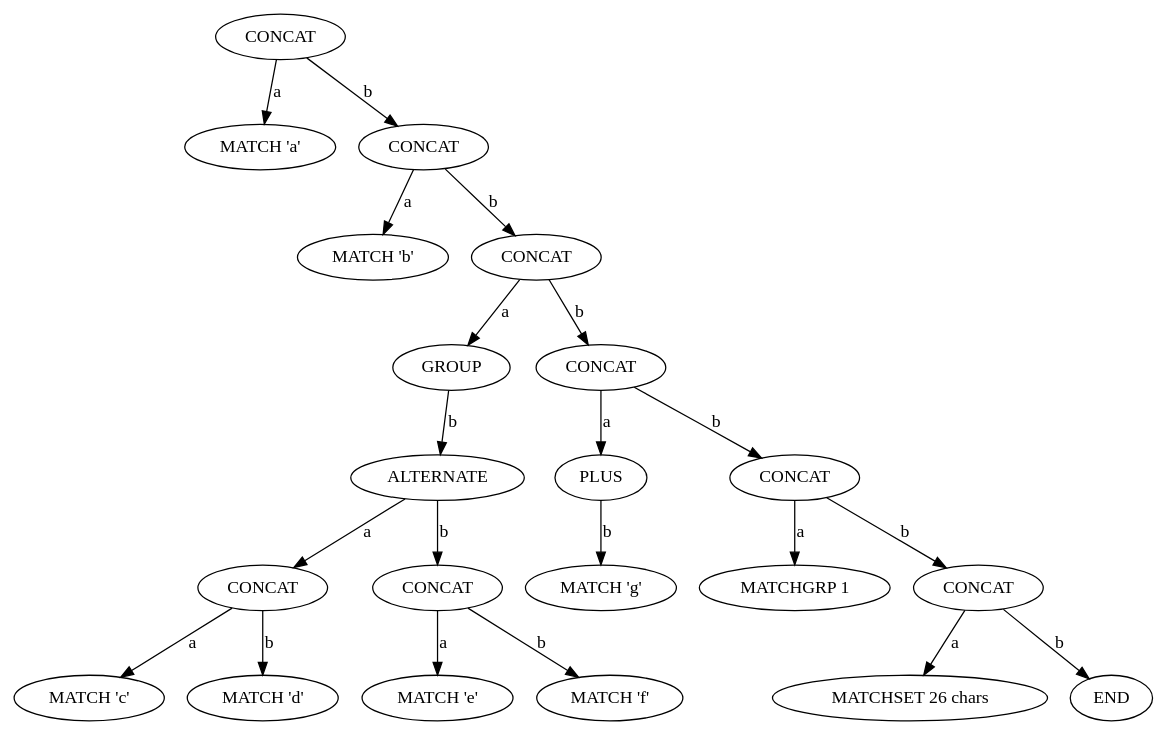
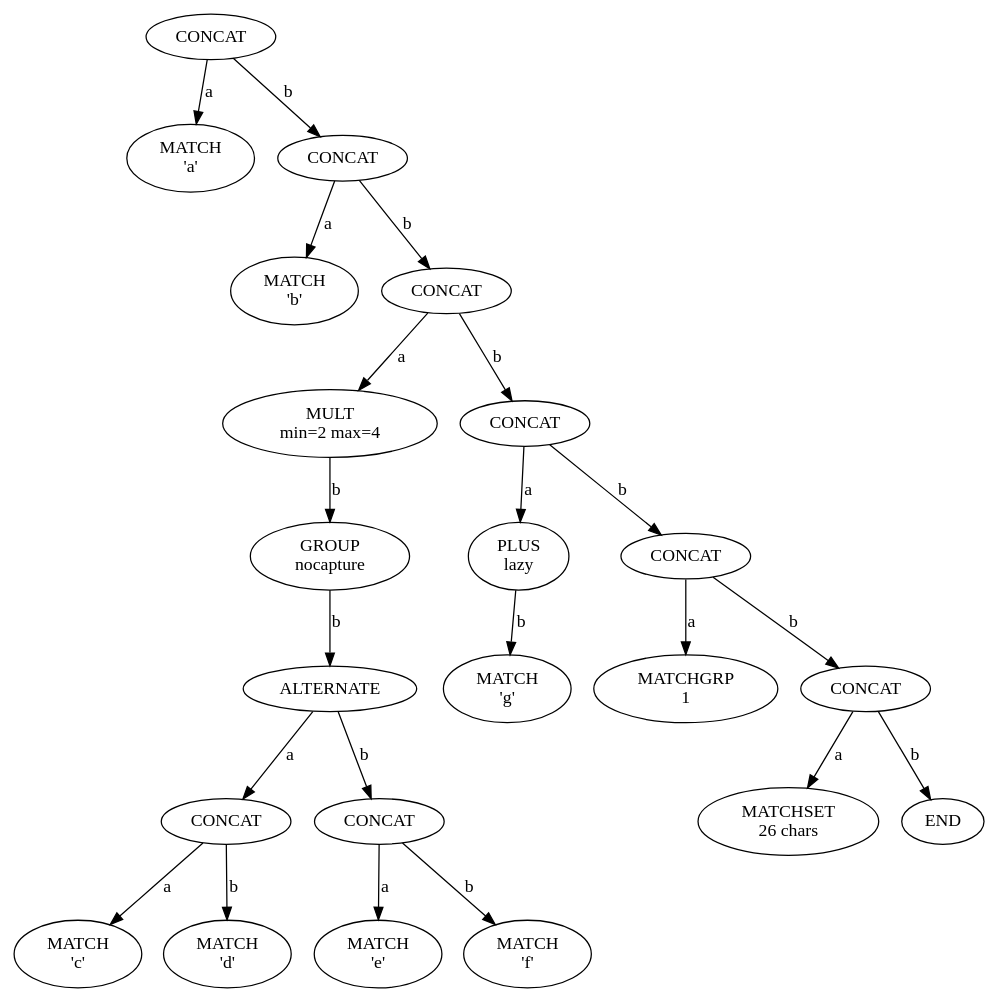
Before and after one commit to essele/rele: the diagram in tree.dot, drawn with Graphviz. The commit also changed 4 other files, not shown here.

Commit message:
Added min/max support and cleaned up the graphviz code to make binary tree visualisation better.

```diff
--- a/tree.dot
+++ b/tree.dot
@@ -1,43 +1,67 @@
 digraph tree {
-    n0xbcdd325ae320 [label="CONCAT"];
-    n0xbcdd325ae320 -> n0xbcdd325ae2c0 [label="a"];
-    n0xbcdd325ae2c0 [label="MATCH 'a'"];
-    n0xbcdd325ae320 -> n0xbcdd325ae380 [label="b"];
-    n0xbcdd325ae380 [label="CONCAT"];
-    n0xbcdd325ae380 -> n0xbcdd325ae2f0 [label="a"];
-    n0xbcdd325ae2f0 [label="MATCH 'b'"];
-    n0xbcdd325ae380 -> n0xbcdd325ae530 [label="b"];
-    n0xbcdd325ae530 [label="CONCAT"];
-    n0xbcdd325ae530 -> n0xbcdd325ae350 [label="a"];
-    n0xbcdd325ae350 [label="GROUP"];
-    n0xbcdd325ae350 -> n0xbcdd325ae440 [label="b"];
-    n0xbcdd325ae440 [label="ALTERNATE"];
-    n0xbcdd325ae440 -> n0xbcdd325ae410 [label="a"];
-    n0xbcdd325ae410 [label="CONCAT"];
-    n0xbcdd325ae410 -> n0xbcdd325ae3b0 [label="a"];
-    n0xbcdd325ae3b0 [label="MATCH 'c'"];
-    n0xbcdd325ae410 -> n0xbcdd325ae3e0 [label="b"];
-    n0xbcdd325ae3e0 [label="MATCH 'd'"];
-    n0xbcdd325ae440 -> n0xbcdd325ae4d0 [label="b"];
-    n0xbcdd325ae4d0 [label="CONCAT"];
-    n0xbcdd325ae4d0 -> n0xbcdd325ae470 [label="a"];
-    n0xbcdd325ae470 [label="MATCH 'e'"];
-    n0xbcdd325ae4d0 -> n0xbcdd325ae4a0 [label="b"];
-    n0xbcdd325ae4a0 [label="MATCH 'f'"];
-    n0xbcdd325ae530 -> n0xbcdd325ae5c0 [label="b"];
-    n0xbcdd325ae5c0 [label="CONCAT"];
-    n0xbcdd325ae5c0 -> n0xbcdd325ae560 [label="a"];
-    n0xbcdd325ae560 [label="PLUS"];
-    n0xbcdd325ae560 -> n0xbcdd325ae500 [label="b"];
-    n0xbcdd325ae500 [label="MATCH 'g'"];
-    n0xbcdd325ae5c0 -> n0xbcdd325ae620 [label="b"];
-    n0xbcdd325ae620 [label="CONCAT"];
-    n0xbcdd325ae620 -> n0xbcdd325ae590 [label="a"];
-    n0xbcdd325ae590 [label="MATCHGRP 1"];
-    n0xbcdd325ae620 -> n0xbcdd325ae6a0 [label="b"];
-    n0xbcdd325ae6a0 [label="CONCAT"];
-    n0xbcdd325ae6a0 -> n0xbcdd325ae5f0 [label="a"];
-    n0xbcdd325ae5f0 [label="MATCHSET 26 chars"];
-    n0xbcdd325ae6a0 -> n0xbcdd325ae670 [label="b"];
-    n0xbcdd325ae670 [label="END"];
+    n0xbf5bb7e4f320 [label="CONCAT
+"];
+    n0xbf5bb7e4f320 -> n0xbf5bb7e4f2c0 [label="a"];
+    n0xbf5bb7e4f2c0 [label="MATCH
+'a'"];
+    n0xbf5bb7e4f320 -> n0xbf5bb7e4f380 [label="b"];
+    n0xbf5bb7e4f380 [label="CONCAT
+"];
+    n0xbf5bb7e4f380 -> n0xbf5bb7e4f2f0 [label="a"];
+    n0xbf5bb7e4f2f0 [label="MATCH
+'b'"];
+    n0xbf5bb7e4f380 -> n0xbf5bb7e4f560 [label="b"];
+    n0xbf5bb7e4f560 [label="CONCAT
+"];
+    n0xbf5bb7e4f560 -> n0xbf5bb7e4f500 [label="a"];
+    n0xbf5bb7e4f500 [label="MULT
+min=2 max=4"];
+    n0xbf5bb7e4f500 -> n0xbf5bb7e4f350 [label="b"];
+    n0xbf5bb7e4f350 [label="GROUP
+nocapture"];
+    n0xbf5bb7e4f350 -> n0xbf5bb7e4f440 [label="b"];
+    n0xbf5bb7e4f440 [label="ALTERNATE
+"];
+    n0xbf5bb7e4f440 -> n0xbf5bb7e4f410 [label="a"];
+    n0xbf5bb7e4f410 [label="CONCAT
+"];
+    n0xbf5bb7e4f410 -> n0xbf5bb7e4f3b0 [label="a"];
+    n0xbf5bb7e4f3b0 [label="MATCH
+'c'"];
+    n0xbf5bb7e4f410 -> n0xbf5bb7e4f3e0 [label="b"];
+    n0xbf5bb7e4f3e0 [label="MATCH
+'d'"];
+    n0xbf5bb7e4f440 -> n0xbf5bb7e4f4d0 [label="b"];
+    n0xbf5bb7e4f4d0 [label="CONCAT
+"];
+    n0xbf5bb7e4f4d0 -> n0xbf5bb7e4f470 [label="a"];
+    n0xbf5bb7e4f470 [label="MATCH
+'e'"];
+    n0xbf5bb7e4f4d0 -> n0xbf5bb7e4f4a0 [label="b"];
+    n0xbf5bb7e4f4a0 [label="MATCH
+'f'"];
+    n0xbf5bb7e4f560 -> n0xbf5bb7e4f5f0 [label="b"];
+    n0xbf5bb7e4f5f0 [label="CONCAT
+"];
+    n0xbf5bb7e4f5f0 -> n0xbf5bb7e4f590 [label="a"];
+    n0xbf5bb7e4f590 [label="PLUS
+lazy"];
+    n0xbf5bb7e4f590 -> n0xbf5bb7e4f530 [label="b"];
+    n0xbf5bb7e4f530 [label="MATCH
+'g'"];
+    n0xbf5bb7e4f5f0 -> n0xbf5bb7e4f650 [label="b"];
+    n0xbf5bb7e4f650 [label="CONCAT
+"];
+    n0xbf5bb7e4f650 -> n0xbf5bb7e4f5c0 [label="a"];
+    n0xbf5bb7e4f5c0 [label="MATCHGRP
+1"];
+    n0xbf5bb7e4f650 -> n0xbf5bb7e4f6d0 [label="b"];
+    n0xbf5bb7e4f6d0 [label="CONCAT
+"];
+    n0xbf5bb7e4f6d0 -> n0xbf5bb7e4f620 [label="a"];
+    n0xbf5bb7e4f620 [label="MATCHSET
+26 chars"];
+    n0xbf5bb7e4f6d0 -> n0xbf5bb7e4f6a0 [label="b"];
+    n0xbf5bb7e4f6a0 [label="END
+"];
 }
```
